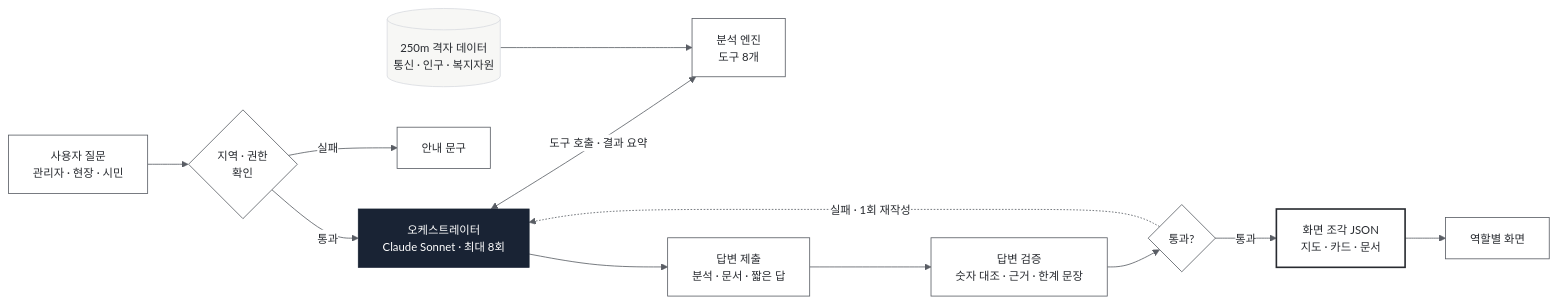
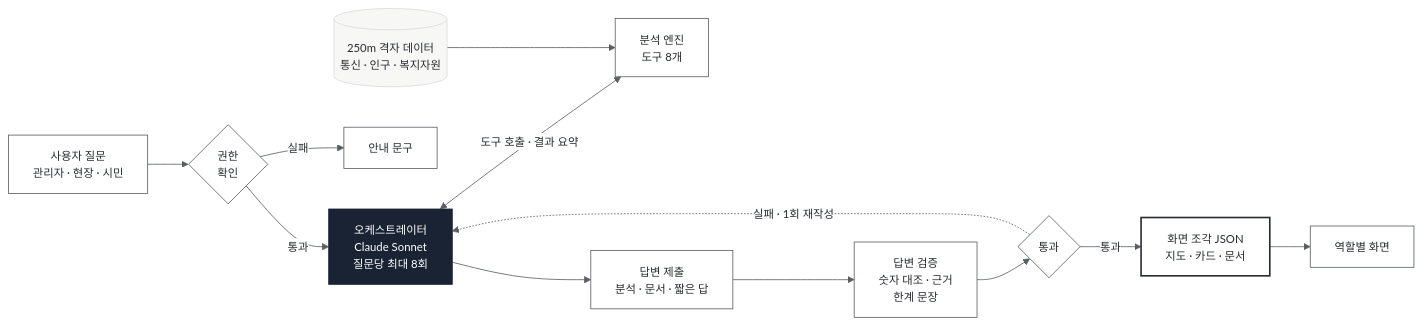
The first of 4 diagrams in README.md (Jinx921/Portfolio), drawn with Mermaid before and after one commit. The commit also changed other lines of this file and 8 other files, not shown here.

First line of the commit message:
Add HCLT 2026 paper and poster, fix clipped diagram labels

````diff
--- a/README.md
+++ b/README.md
@@ -45,16 +45,16 @@
 ```mermaid
-%%{init: {'theme':'base','themeVariables':{'fontFamily':'Pretendard, Inter, sans-serif','fontSize':'14px','primaryColor':'#FFFFFF','primaryTextColor':'#282B30','primaryBorderColor':'#595D64','lineColor':'#595D64','clusterBkg':'#F7F7F5','clusterBorder':'#D9DCE0','edgeLabelBackground':'#FFFFFF','titleColor':'#282B30'}}}%%
+%%{init: {'theme':'base','themeVariables':{'fontFamily':'-apple-system, BlinkMacSystemFont, Apple SD Gothic Neo, Malgun Gothic, sans-serif','fontSize':'14px','primaryColor':'#FFFFFF','primaryTextColor':'#282B30','primaryBorderColor':'#595D64','lineColor':'#595D64','clusterBkg':'#F7F7F5','clusterBorder':'#D9DCE0','edgeLabelBackground':'#FFFFFF','titleColor':'#282B30'}}}%%
 flowchart LR
-    U["사용자 질문<br/>관리자 · 현장 · 시민"] --> C1{"지역 · 권한<br/>확인"}
-    C1 -->|통과| O["오케스트레이터<br/>Claude Sonnet · 최대 8회"]:::mine
+    U["사용자 질문<br/>관리자 · 현장 · 시민"] --> C1{"권한<br/>확인"}
+    C1 -->|통과| O["오케스트레이터<br/>Claude Sonnet<br/>질문당 최대 8회"]:::mine
     C1 -->|실패| G1["안내 문구"]
     O <-->|도구 호출 · 결과 요약| E["분석 엔진<br/>도구 8개"]
     DB[("250m 격자 데이터<br/>통신 · 인구 · 복지자원")]:::data --> E
-    O --> S["답변 제출<br/>분석 · 문서 · 짧은 답"] --> CK["답변 검증<br/>숫자 대조 · 근거 · 한계 문장"] --> V{"통과?"}
+    O --> S["답변 제출<br/>분석 · 문서 · 짧은 답"] --> CK["답변 검증<br/>숫자 대조 · 근거<br/>한계 문장"] --> V{"통과"}
     V -->|통과| J["화면 조각 JSON<br/>지도 · 카드 · 문서"]:::out --> UI["역할별 화면"]
     V -.->|실패 · 1회 재작성| O
     classDef default fill:#FFFFFF,stroke:#595D64,color:#282B30
     classDef mine fill:#192334,stroke:#192334,color:#FFFFFF
     classDef data fill:#F7F7F5,stroke:#D9DCE0,color:#282B30
     classDef out fill:#FFFFFF,stroke:#282B30,stroke-width:2px,color:#282B30
 ```
````
